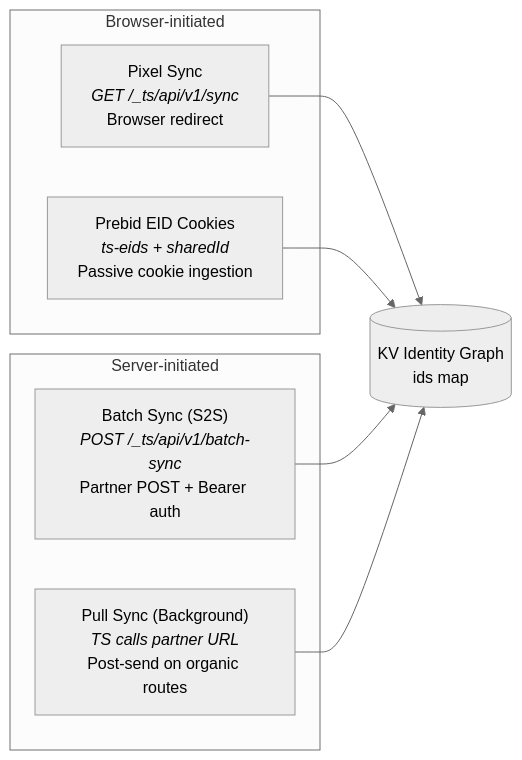
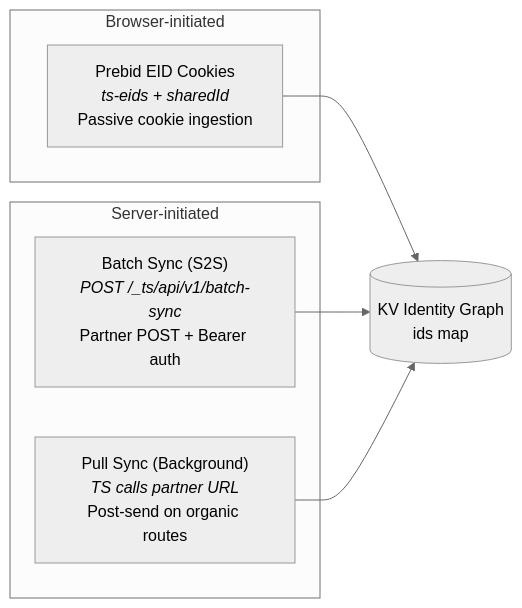
The fourth of 5 diagrams in docs/guide/edge-cookies.md (IABTechLab/trusted-server), drawn with Mermaid (neutral theme) before and after one commit. The commit also changed other lines of this file and 15 other files, not shown here.

````diff
--- a/docs/guide/edge-cookies.md
+++ b/docs/guide/edge-cookies.md
@@ -110,17 +109,15 @@
 ```mermaid
 flowchart LR
     subgraph Browser-initiated
-        Pixel["Pixel Sync<br/><i>GET /_ts/api/v1/sync</i><br/>Browser redirect"]
         Prebid["Prebid EID Cookies<br/><i>ts-eids + sharedId</i><br/>Passive cookie ingestion"]
     end
 
     subgraph Server-initiated
         Batch["Batch Sync (S2S)<br/><i>POST /_ts/api/v1/batch-sync</i><br/>Partner POST + Bearer auth"]
         Pull["Pull Sync (Background)<br/><i>TS calls partner URL</i><br/>Post-send on organic routes"]
     end
 
-    Pixel --> KV[(KV Identity Graph<br/>ids map)]
-    Prebid --> KV
+    Prebid --> KV[(KV Identity Graph<br/>ids map)]
     Batch --> KV
     Pull --> KV
 ```
````
